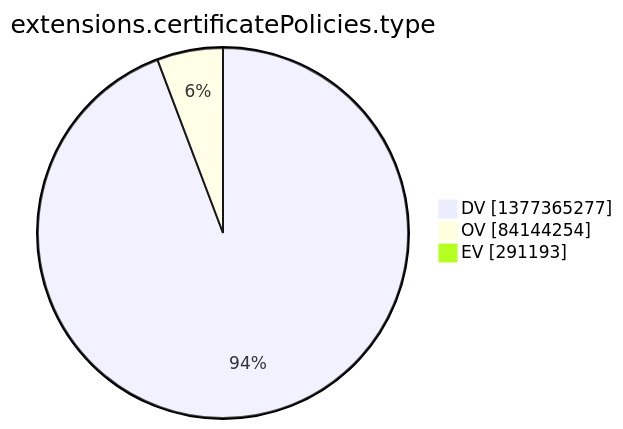
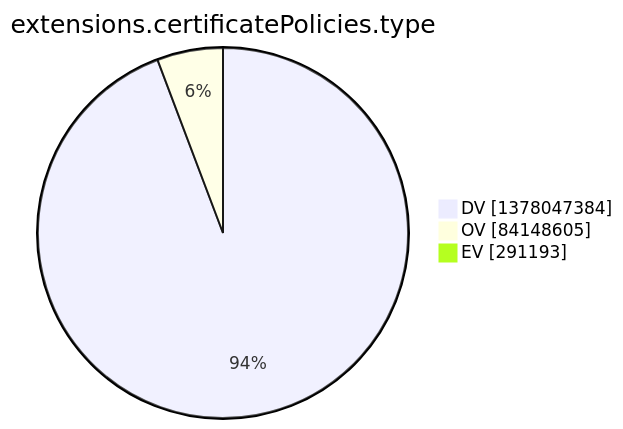
One commit to christiankrug/ctmonitor_visualization changed the tenth of 15 diagrams in argon2022/README.md. Above: the diagram before and after it, drawn with Mermaid. The commit also changed other lines of this file, not shown here.

````diff
--- a/argon2022/README.md
+++ b/argon2022/README.md
@@ -2773,7 +2773,7 @@
 ```mermaid
 pie showData
 title extensions.certificatePolicies.type
-"DV" :1377365277
-"OV" :84144254
+"DV" :1378047384
+"OV" :84148605
 "EV" :291193
 ```
````
